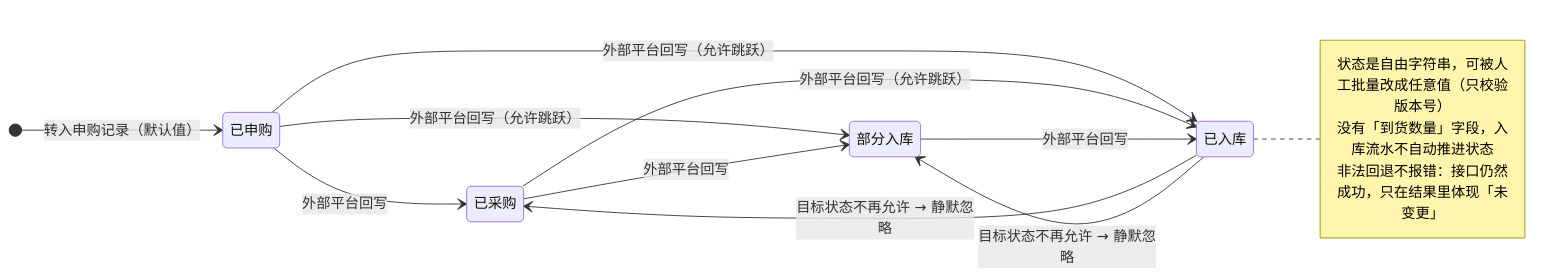
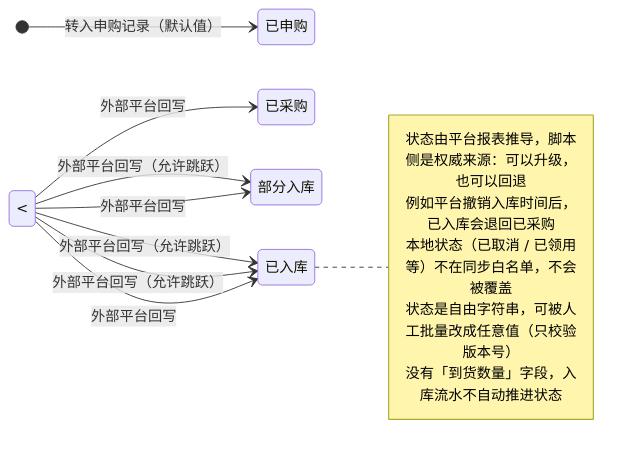
Before and after one commit to Sakana-1314/Electrical-Manager: the fourth of 23 diagrams in docs/websites/pages/dev-state-machines.md, drawn with Mermaid. The commit also changed other lines of this file and 8 other files, not shown here.

````diff
--- a/docs/websites/pages/dev-state-machines.md
+++ b/docs/websites/pages/dev-state-machines.md
@@ -87,22 +87,22 @@
 ```mermaid
 stateDiagram-v2
     direction LR
     state "已申购" as S1
     state "已采购" as S2
     state "部分入库" as S3
     state "已入库" as S4
     [*] --> S1 : 转入申购记录（默认值）
-    S1 --> S2 : 外部平台回写
-    S1 --> S3 : 外部平台回写（允许跳跃）
-    S1 --> S4 : 外部平台回写（允许跳跃）
-    S2 --> S3 : 外部平台回写
-    S2 --> S4 : 外部平台回写（允许跳跃）
-    S3 --> S4 : 外部平台回写
-    S4 --> S2 : 目标状态不再允许 → 静默忽略
-    S4 --> S3 : 目标状态不再允许 → 静默忽略
+    S1 <--> S2 : 外部平台回写
+    S1 <--> S3 : 外部平台回写（允许跳跃）
+    S1 <--> S4 : 外部平台回写（允许跳跃）
+    S2 <--> S3 : 外部平台回写
+    S2 <--> S4 : 外部平台回写（允许跳跃）
+    S3 <--> S4 : 外部平台回写
     note right of S4
+        状态由平台报表推导，脚本侧是权威来源：可以升级，也可以回退
+        例如平台撤销入库时间后，已入库会退回已采购
+        本地状态（已取消 / 已领用等）不在同步白名单，不会被覆盖
         状态是自由字符串，可被人工批量改成任意值（只校验版本号）
         没有「到货数量」字段，入库流水不自动推进状态
-        非法回退不报错：接口仍然成功，只在结果里体现「未变更」
     end note
 ```
````
